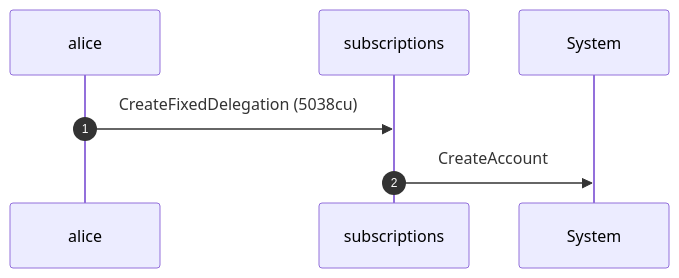
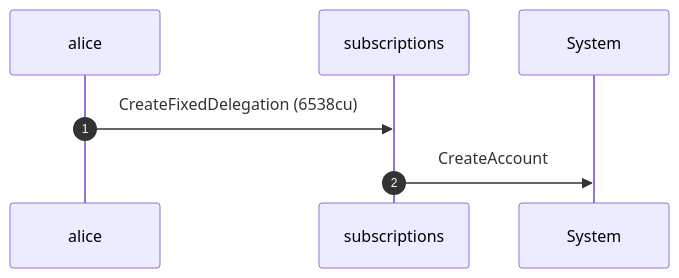
One commit to cds-rs/subscriptions changed the fifth of 8 diagrams in dsl_tests/revoke--writable-accounts-must-be-writable.md. Above: the diagram before and after it, drawn with Mermaid. The commit also changed other lines of this file and 224 other files, not shown here.

````diff
--- a/dsl_tests/revoke--writable-accounts-must-be-writable.md
+++ b/dsl_tests/revoke--writable-accounts-must-be-writable.md
@@ -102,9 +108,9 @@
 ```mermaid
 sequenceDiagram
     autonumber
     participant alice
     participant subscriptions
     participant System
-    alice ->> subscriptions: CreateFixedDelegation (5038cu)
+    alice ->> subscriptions: CreateFixedDelegation (6538cu)
     subscriptions ->> System: CreateAccount
 ```
````
